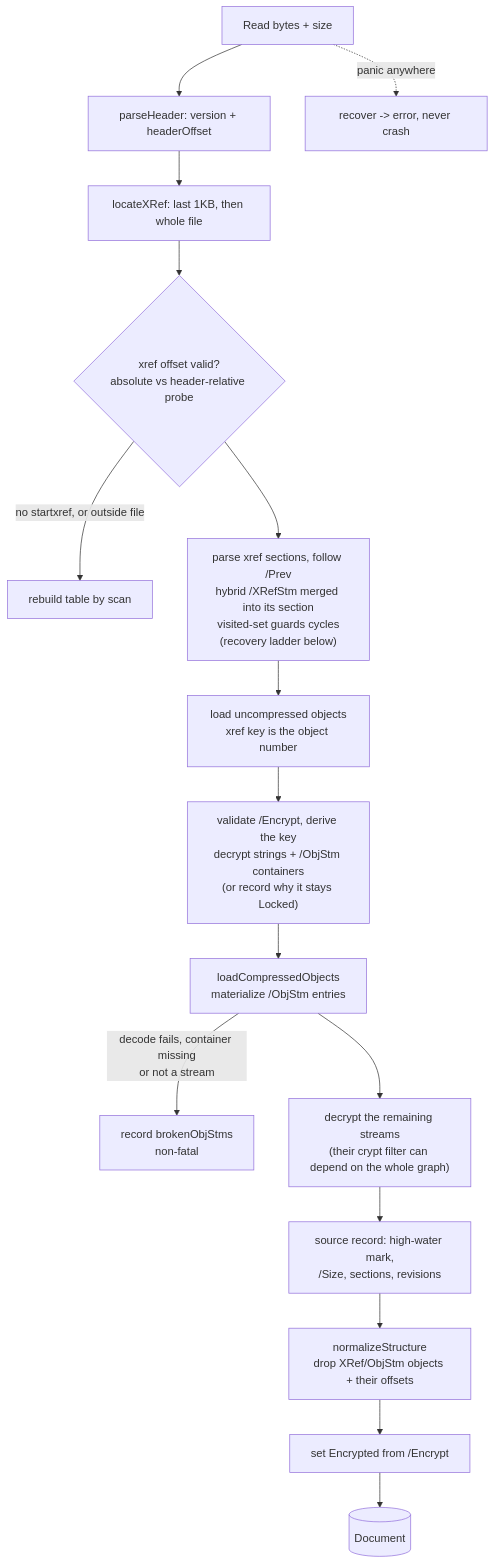
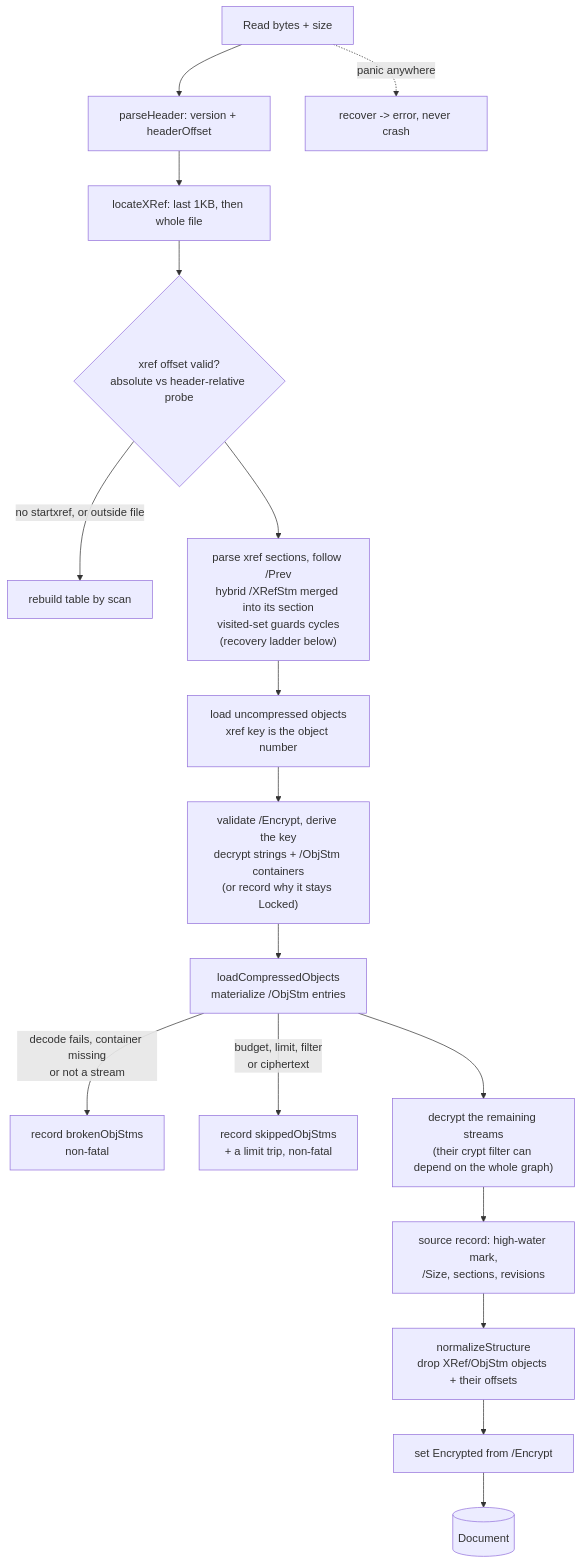
One commit to mgilbir/pdf0 changed the first of 3 diagrams in docs/architecture.md. Above: the diagram before and after it, drawn with Mermaid. The commit also changed other lines of this file and 2 other files, not shown here.

First line of the commit message:
Document typed producer outcomes, skipped object streams and option values

````diff
--- a/docs/architecture.md
+++ b/docs/architecture.md
@@ -115,18 +115,19 @@
 ```mermaid
 flowchart TD
     A[Read bytes + size] --> B[parseHeader: version + headerOffset]
     B --> C[locateXRef: last 1KB, then whole file]
     C --> D{xref offset valid?<br/>absolute vs header-relative probe}
     D -->|no startxref, or outside file| E2[rebuild table by scan]
     D --> E["parse xref sections, follow /Prev<br/>hybrid /XRefStm merged into its section<br/>visited-set guards cycles<br/>(recovery ladder below)"]
     E --> F[load uncompressed objects<br/>xref key is the object number]
     F --> G["validate /Encrypt, derive the key<br/>decrypt strings + /ObjStm containers<br/>(or record why it stays Locked)"]
     G --> H[loadCompressedObjects<br/>materialize /ObjStm entries]
     H -->|decode fails, container missing<br/>or not a stream| H2[record brokenObjStms<br/>non-fatal]
+    H -->|budget, limit, filter<br/>or ciphertext| H3[record skippedObjStms<br/>+ a limit trip, non-fatal]
     H --> G2["decrypt the remaining streams<br/>(their crypt filter can depend on the whole graph)"]
     G2 --> S[source record: high-water mark,<br/>/Size, sections, revisions]
     S --> I[normalizeStructure<br/>drop XRef/ObjStm objects + their offsets]
     I --> J[set Encrypted from /Encrypt]
     J --> K[(Document)]
     A -.panic anywhere.-> R[recover -> error, never crash]
 ```
````
